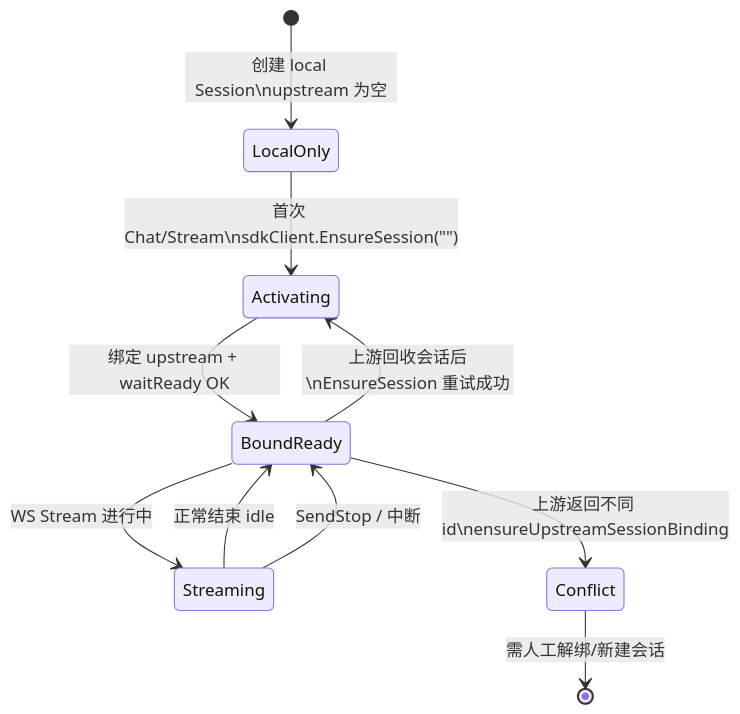
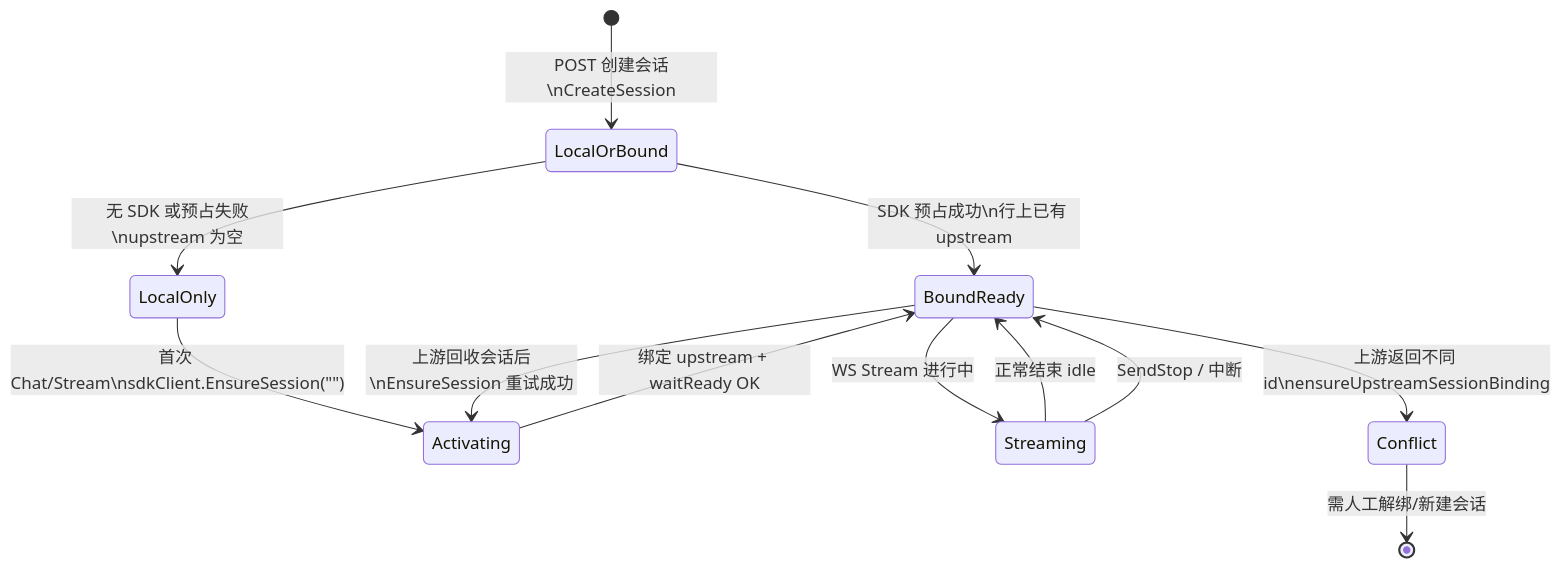
The second of 3 diagrams in doc/REMOTE_SESSION_AND_DATA_FLOW.md (easyspace-ai/ylmnote), drawn with Mermaid before and after one commit. The commit also changed other lines of this file and 42 other files, not shown here.

````diff
--- a/doc/REMOTE_SESSION_AND_DATA_FLOW.md
+++ b/doc/REMOTE_SESSION_AND_DATA_FLOW.md
@@ -146,12 +174,14 @@
 ```mermaid
 stateDiagram-v2
-  [*] --> LocalOnly: 创建 local Session\nupstream 为空
+  [*] --> LocalOrBound: POST 创建会话\nCreateSession
+  LocalOrBound --> BoundReady: SDK 预占成功\n行上已有 upstream
+  LocalOrBound --> LocalOnly: 无 SDK 或预占失败\nupstream 为空
   LocalOnly --> Activating: 首次 Chat/Stream\nsdkClient.EnsureSession("")
   Activating --> BoundReady: 绑定 upstream + waitReady OK
   BoundReady --> Streaming: WS Stream 进行中
   Streaming --> BoundReady: 正常结束 idle
   Streaming --> BoundReady: SendStop / 中断
   BoundReady --> Activating: 上游回收会话后\nEnsureSession 重试成功
   BoundReady --> Conflict: 上游返回不同 id\nensureUpstreamSessionBinding
   Conflict --> [*]: 需人工解绑/新建会话
 ```
````
